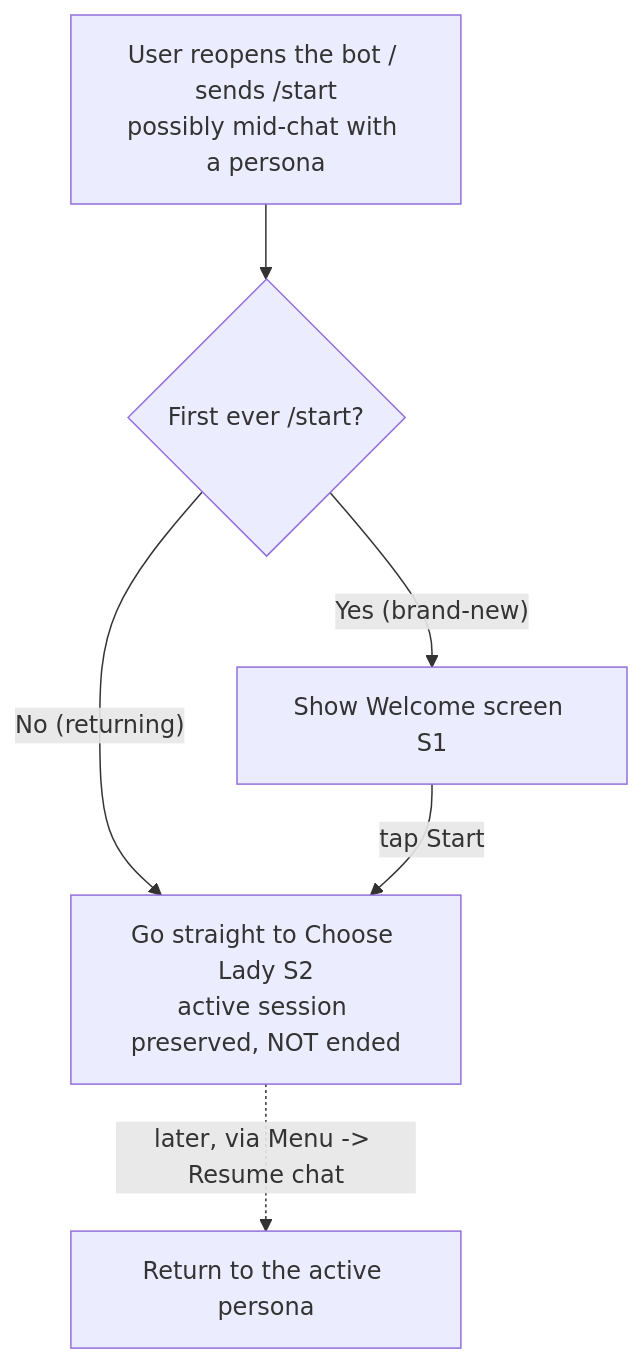
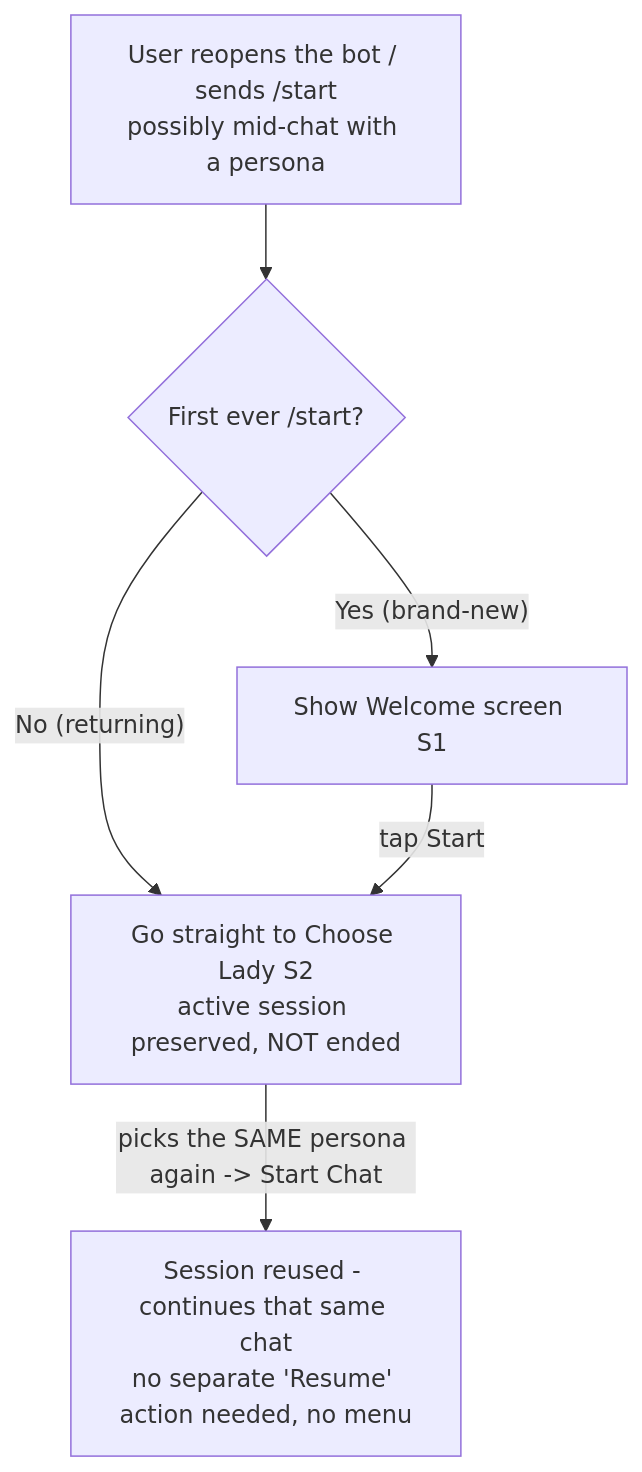
One commit to b3ly4ck/NeuroLady_Persona_Engine changed the second of 3 diagrams in developer files/features/F-001-onboarding-persona-selection.md. Above: the diagram before and after it, drawn with Mermaid. The commit also changed other lines of this file and 10 other files, not shown here.

````diff
--- a/developer files/features/F-001-onboarding-persona-selection.md
+++ b/developer files/features/F-001-onboarding-persona-selection.md
@@ -73,8 +73,8 @@
 ```mermaid
 flowchart TD
     A[User reopens the bot / sends /start<br/>possibly mid-chat with a persona] --> B{First ever /start?}
     B -- Yes (brand-new) --> C[Show Welcome screen S1]
     B -- No (returning) --> D[Go straight to Choose Lady S2<br/>active session preserved, NOT ended]
     C -->|tap Start| D
-    D -. later, via Menu -> Resume chat .-> E[Return to the active persona]
+    D -->|picks the SAME persona again -> Start Chat| E[Session reused - continues that same chat<br/>no separate 'Resume' action needed, no menu]
 ```
````
